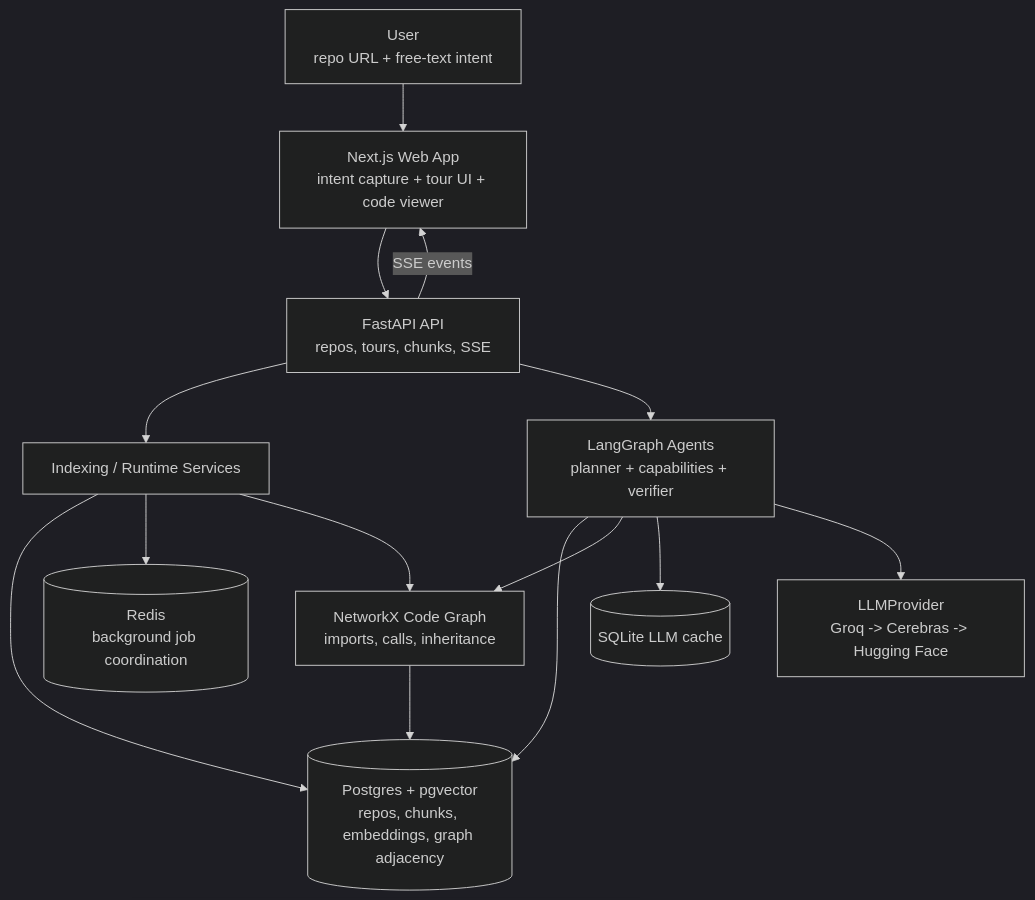
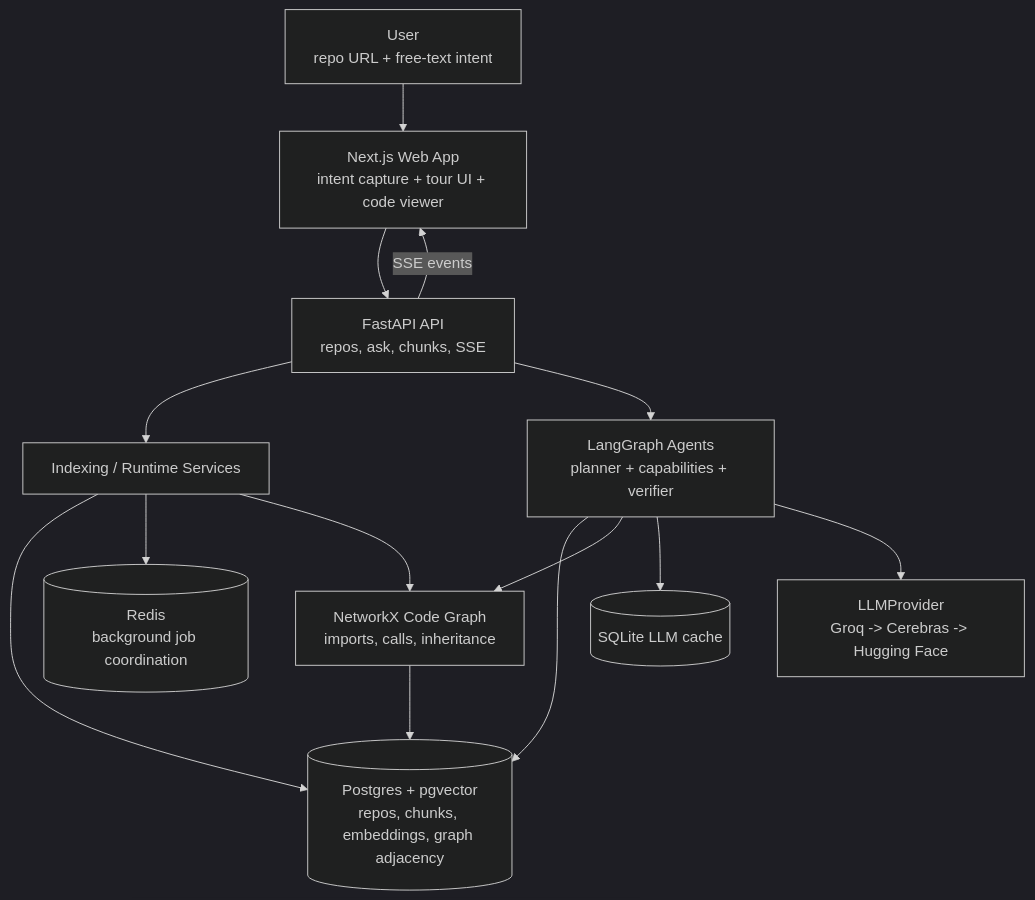
Before and after one commit to ayushkumar320/RepoPilot: the first of 5 diagrams in README.md, drawn with Mermaid (dark theme). The commit also changed other lines of this file and 25 other files, not shown here.

````diff
--- a/README.md
+++ b/README.md
@@ -43,27 +43,27 @@
 ```mermaid
 flowchart TB
     user["User<br/>repo URL + free-text intent"]
     web["Next.js Web App<br/>intent capture + tour UI + code viewer"]
-    api["FastAPI API<br/>repos, tours, chunks, SSE"]
+    api["FastAPI API<br/>repos, ask, chunks, SSE"]
     worker["Indexing / Runtime Services"]
     db[("Postgres + pgvector<br/>repos, chunks, embeddings, graph adjacency")]
     redis[("Redis<br/>background job coordination")]
     cache[("SQLite LLM cache")]
     codeGraph["NetworkX Code Graph<br/>imports, calls, inheritance"]
     agents["LangGraph Agents<br/>planner + capabilities + verifier"]
     llm["LLMProvider<br/>Groq -> Cerebras -> Hugging Face"]
 
     user --> web
     web --> api
     api --> worker
     worker --> db
     worker --> redis
     worker --> codeGraph
     codeGraph --> db
     api --> agents
     agents --> db
     agents --> codeGraph
     agents --> cache
     agents --> llm
     api -- "SSE events" --> web
 ```
````
